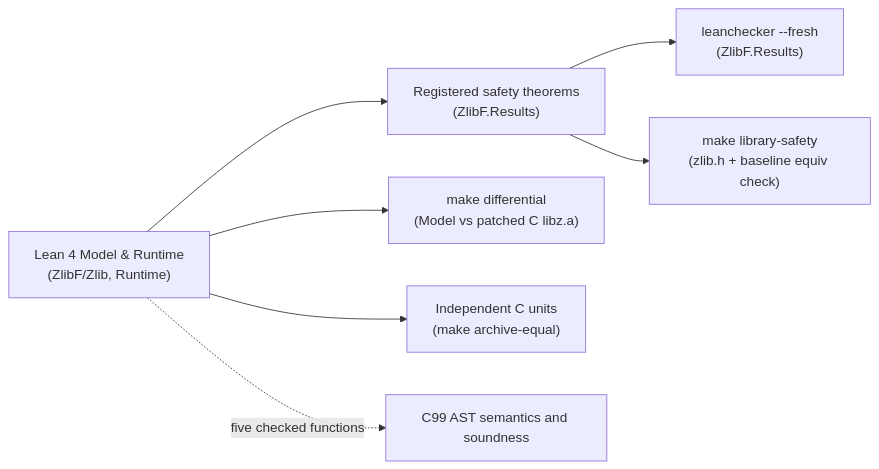
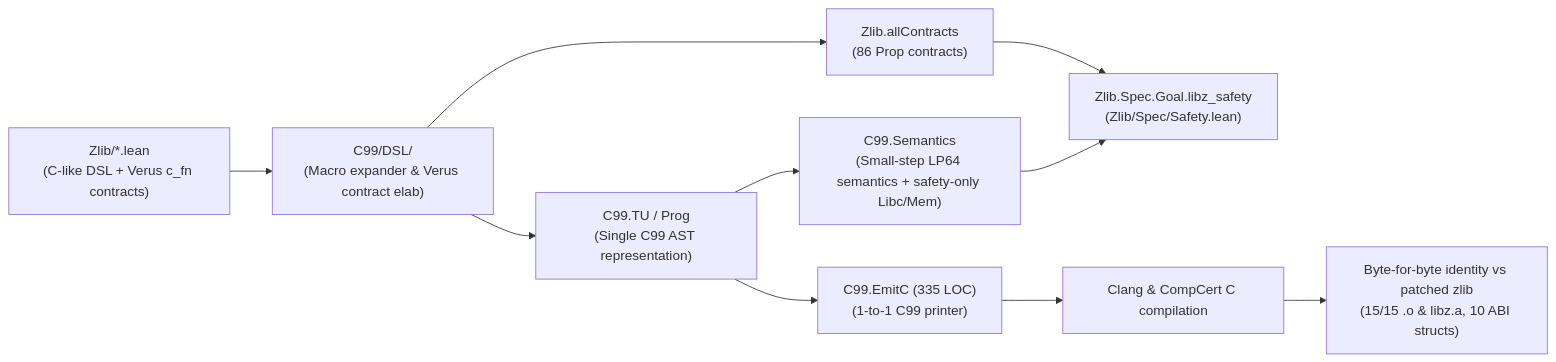
One commit to cla7aye15I4nd/zlib-lean changed the diagram in README.md. Above: the diagram before and after it, drawn with Mermaid. The commit also changed other lines of this file and 1847 other files, not shown here.

Commit message:
Modernize zlib-lean with C99 DSL, Verus safety contracts, and Clang+CompCert binary checks

````diff
--- a/README.md
+++ b/README.md
@@ -28,9 +11,12 @@
 ```mermaid
 flowchart LR
-    Model["Lean 4 Model & Runtime\n(ZlibF/Zlib, Runtime)"] --> Safety["Registered safety theorems\n(ZlibF.Results)"]
-    Safety --> Kernel["leanchecker --fresh\n(ZlibF.Results)"]
-    Safety --> Coverage["make library-safety\n(zlib.h + baseline equiv check)"]
-    Model --> Diff["make differential\n(Model vs patched C libz.a)"]
-    Model --> Generated["Independent C units\n(make archive-equal)"]
-    Model -. "five checked functions" .-> Lean2C["C99 AST semantics and soundness"]
+    Src["Zlib/*.lean\n(C-like DSL + Verus c_fn contracts)"] --> Elab["C99/DSL/\n(Macro expander & Verus contract elab)"]
+    Elab --> AST["C99.TU / Prog\n(Single C99 AST representation)"]
+    Elab --> Contracts["Zlib.allContracts\n(86 Prop contracts)"]
+    AST --> Sem["C99.Semantics\n(Small-step LP64 semantics + safety-only Libc/Mem)"]
+    AST --> EmitC["C99.EmitC (335 LOC)\n(1-to-1 C99 printer)"]
+    Contracts --> Spec["Zlib.Spec.Goal.libz_safety\n(Zlib/Spec/Safety.lean)"]
+    Sem --> Spec
+    EmitC --> Clang["Clang & CompCert C compilation"]
+    Clang --> Eq["Byte-for-byte identity vs patched zlib\n(15/15 .o & libz.a, 10 ABI structs)"]
 ```
````
